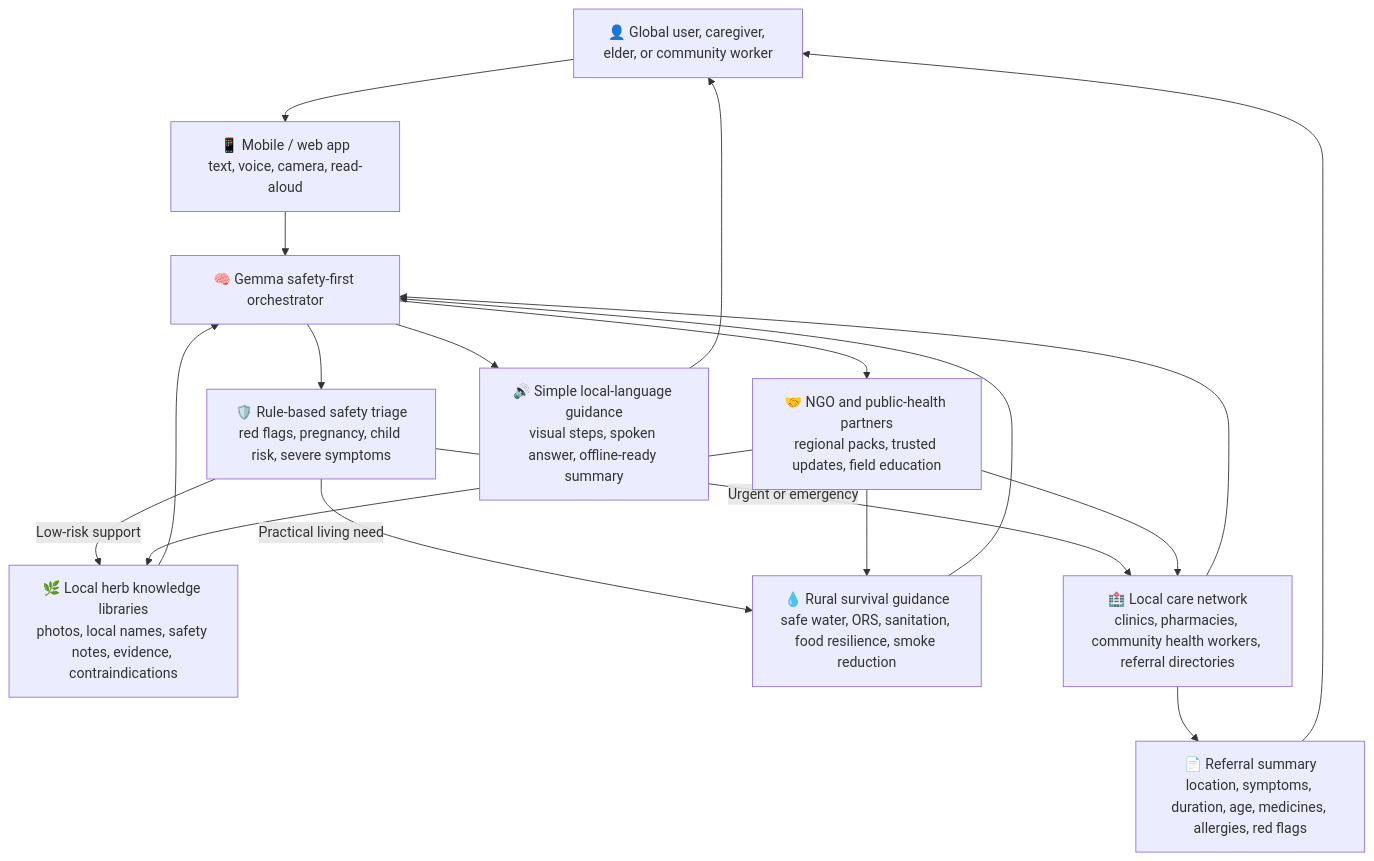
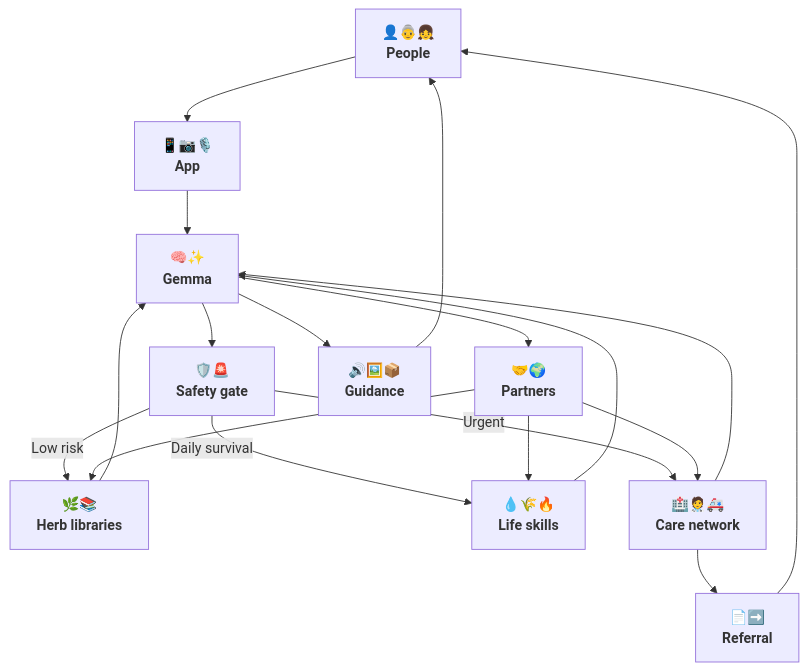
Before and after one commit to quangnguyenvn/Gemma_HerbalCare: the fifth of 5 diagrams in README.md, drawn with Mermaid. The commit also changed other lines of this file, not shown here.

Commit message:
Make future platform chart icon-first

````diff
--- a/README.md
+++ b/README.md
@@ -627,25 +627,25 @@
 ```mermaid
 flowchart TD
-  U["👤 Global user, caregiver, elder, or community worker"] --> I["📱 Mobile / web app<br/>text, voice, camera, read-aloud"]
-  I --> G["🧠 Gemma safety-first orchestrator"]
+  U["👤👵👧<br/><b>People</b>"] --> I["📱📷🎙️<br/><b>App</b>"]
+  I --> G["🧠✨<br/><b>Gemma</b>"]
 
-  G --> T["🛡️ Rule-based safety triage<br/>red flags, pregnancy, child risk, severe symptoms"]
-  T -->|Low-risk support| H["🌿 Local herb knowledge libraries<br/>photos, local names, safety notes, evidence, contraindications"]
-  T -->|Practical living need| S["💧 Rural survival guidance<br/>safe water, ORS, sanitation, food resilience, smoke reduction"]
-  T -->|Urgent or emergency| C["🏥 Local care network<br/>clinics, pharmacies, community health workers, referral directories"]
+  G --> T["🛡️🚨<br/><b>Safety gate</b>"]
+  T -->|Low risk| H["🌿📚<br/><b>Herb libraries</b>"]
+  T -->|Daily survival| S["💧🌾🔥<br/><b>Life skills</b>"]
+  T -->|Urgent| C["🏥🧑‍⚕️🚑<br/><b>Care network</b>"]
 
   H --> G
   S --> G
   C --> G
 
-  G --> N["🤝 NGO and public-health partners<br/>regional packs, trusted updates, field education"]
+  G --> N["🤝🌍<br/><b>Partners</b>"]
   N --> H
   N --> S
   N --> C
 
-  G --> R["🔊 Simple local-language guidance<br/>visual steps, spoken answer, offline-ready summary"]
+  G --> R["🔊🖼️📦<br/><b>Guidance</b>"]
   R --> U
 
-  C --> E["📄 Referral summary<br/>location, symptoms, duration, age, medicines, allergies, red flags"]
+  C --> E["📄➡️<br/><b>Referral</b>"]
   E --> U
 ```
````
